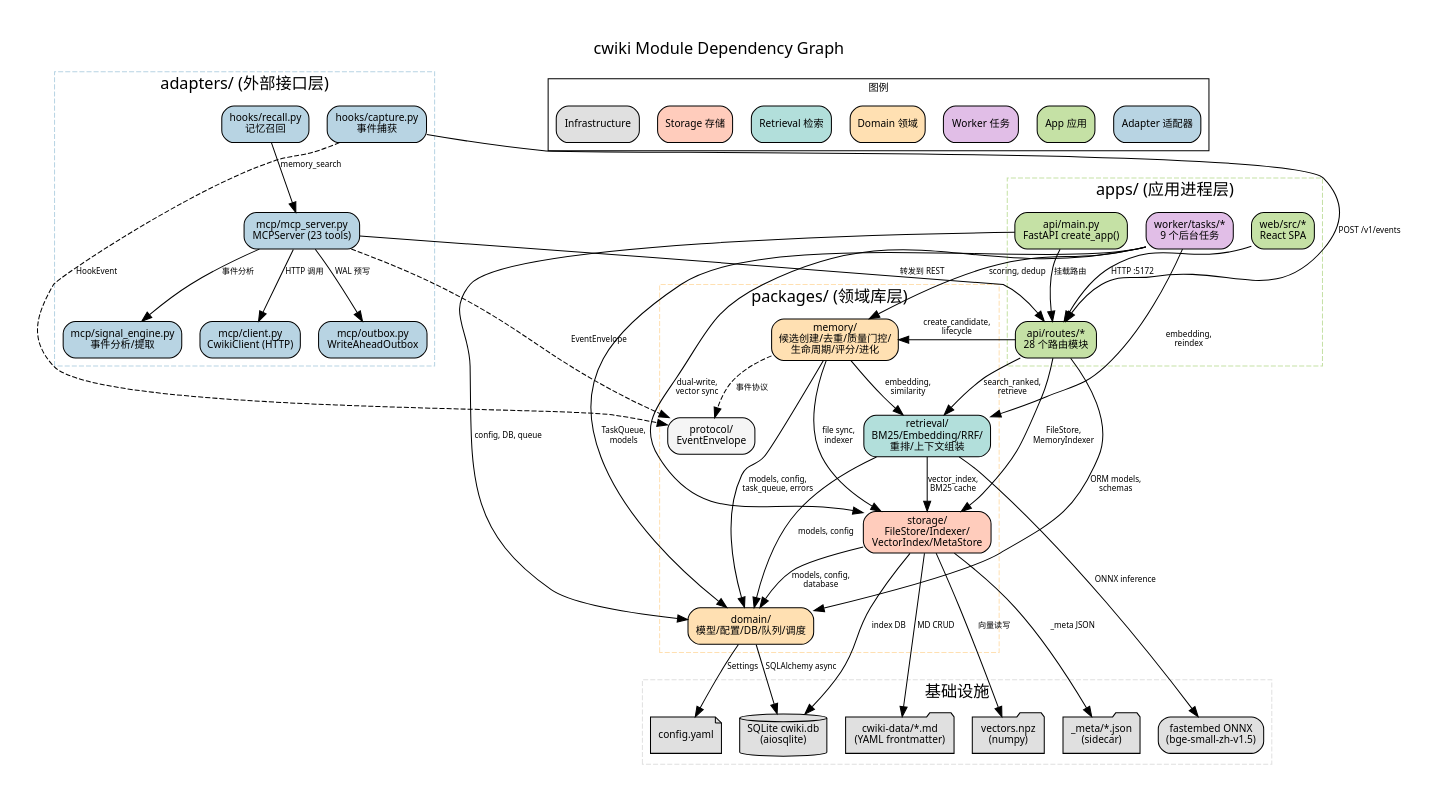
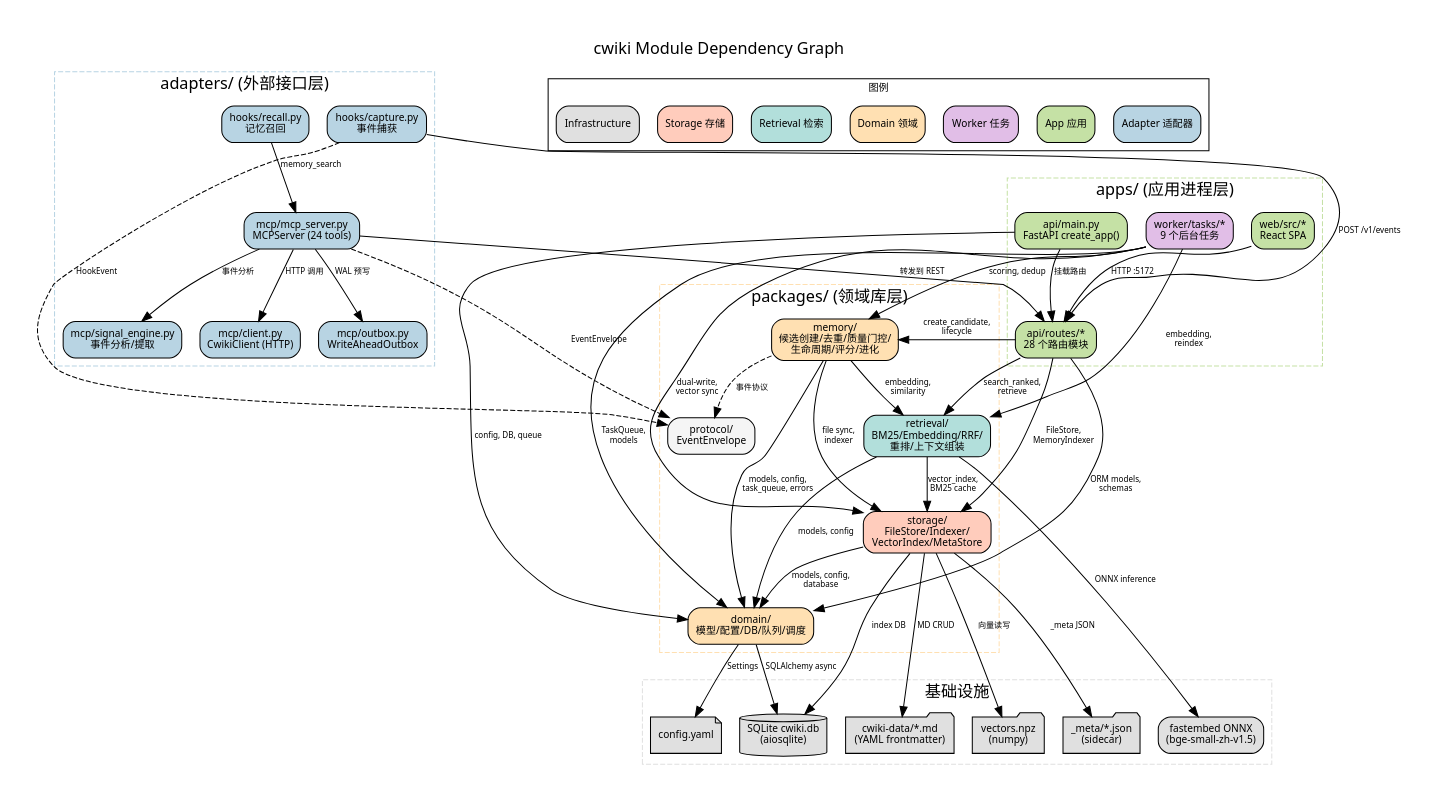
The diagram in docs/architecture/dependency-graph.dot (Chance-Wu/cwiki), drawn with Graphviz before and after one commit. The commit also changed 13 other files, not shown here.

```diff
--- a/docs/architecture/dependency-graph.dot
+++ b/docs/architecture/dependency-graph.dot
@@ -1,124 +1,124 @@
 // cwiki Module Dependency Graph
 // Audience: developers assessing change impact and coupling
 // Scope: packages/, apps/, adapters/ internal dependencies
 // Evidence: imports across all Python modules, pyproject.toml
 // Skill: dependency-impact-analyzer + graphviz
 
 digraph cwiki_dependencies {
     rankdir=TB
     node [shape=box, style="rounded,filled", fontname="Segoe UI", fontsize=10]
     edge [fontname="Segoe UI", fontsize=8, color="#666"]
     graph [fontname="Segoe UI", fontsize=13, label="cwiki Module Dependency Graph", labelloc=t, fontsize=16, pad=0.4]
 
     // ===== LAYER: Adapters (External Interface) =====
     subgraph cluster_adapters {
         label="adapters/ (外部接口层)"
         style=dashed
         color="#B8D4E3"
 
-        mcp_server [label="mcp/mcp_server.py\nMCPServer (23 tools)", fillcolor="#B8D4E3"]
+        mcp_server [label="mcp/mcp_server.py\nMCPServer (24 tools)", fillcolor="#B8D4E3"]
         mcp_client [label="mcp/client.py\nCwikiClient (HTTP)", fillcolor="#B8D4E3"]
         mcp_outbox [label="mcp/outbox.py\nWriteAheadOutbox", fillcolor="#B8D4E3"]
         mcp_signal [label="mcp/signal_engine.py\n事件分析/提取", fillcolor="#B8D4E3"]
         hook_capture [label="hooks/capture.py\n事件捕获", fillcolor="#B8D4E3"]
         hook_recall [label="hooks/recall.py\n记忆召回", fillcolor="#B8D4E3"]
     }
 
     // ===== LAYER: Apps (Application Processes) =====
     subgraph cluster_apps {
         label="apps/ (应用进程层)"
         style=dashed
         color="#C5E1A5"
 
         api_main [label="api/main.py\nFastAPI create_app()", fillcolor="#C5E1A5"]
         api_routes [label="api/routes/*\n28 个路由模块", fillcolor="#C5E1A5"]
         worker_tasks [label="worker/tasks/*\n9 个后台任务", fillcolor="#E1BEE7"]
         web_ui [label="web/src/*\nReact SPA", fillcolor="#C5E1A5"]
     }
 
     // ===== LAYER: Packages (Domain Libraries) =====
     subgraph cluster_packages {
         label="packages/ (领域库层)"
         style=dashed
         color="#FFE0B2"
 
         pkg_domain [label="domain/\n模型/配置/DB/队列/调度", fillcolor="#FFE0B2"]
         pkg_memory [label="memory/\n候选创建/去重/质量门控/\n生命周期/评分/进化", fillcolor="#FFE0B2"]
         pkg_retrieval [label="retrieval/\nBM25/Embedding/RRF/\n重排/上下文组装", fillcolor="#B2DFDB"]
         pkg_storage [label="storage/\nFileStore/Indexer/\nVectorIndex/MetaStore", fillcolor="#FFCCBC"]
         pkg_protocol [label="protocol/\nEventEnvelope", fillcolor="#F5F5F5"]
     }
 
     // ===== LAYER: Infrastructure =====
     subgraph cluster_infra {
         label="基础设施"
         style=dashed
         color="#E0E0E0"
 
         sqlite [label="SQLite cwiki.db\n(aiosqlite)", fillcolor="#E0E0E0", shape=cylinder]
         npz [label="vectors.npz\n(numpy)", fillcolor="#E0E0E0", shape=folder]
         md_files [label="cwiki-data/*.md\n(YAML frontmatter)", fillcolor="#E0E0E0", shape=folder]
         meta_files [label="_meta/*.json\n(sidecar)", fillcolor="#E0E0E0", shape=folder]
         fastembed [label="fastembed ONNX\n(bge-small-zh-v1.5)", fillcolor="#E0E0E0"]
         config_yaml [label="config.yaml", fillcolor="#E0E0E0", shape=note]
     }
 
     // ===== Adapter Dependencies =====
     mcp_server -> mcp_client [label="HTTP 调用"]
     mcp_server -> mcp_outbox [label="WAL 预写"]
     mcp_server -> mcp_signal [label="事件分析"]
     mcp_server -> api_routes [label="转发到 REST"]
     hook_capture -> api_routes [label="POST /v1/events"]
     hook_recall -> mcp_server [label="memory_search"]
 
     // ===== App Dependencies =====
     api_main -> api_routes [label="挂载路由"]
     api_main -> pkg_domain [label="config, DB, queue"]
     api_routes -> pkg_memory [label="create_candidate,\nlifecycle"]
     api_routes -> pkg_retrieval [label="search_ranked,\nretrieve"]
     api_routes -> pkg_storage [label="FileStore,\nMemoryIndexer"]
     api_routes -> pkg_domain [label="ORM models,\nschemas"]
     worker_tasks -> pkg_memory [label="scoring, dedup"]
     worker_tasks -> pkg_retrieval [label="embedding,\nreindex"]
     worker_tasks -> pkg_storage [label="dual-write,\nvector sync"]
     worker_tasks -> pkg_domain [label="TaskQueue,\nmodels"]
     web_ui -> api_routes [label="HTTP :5172"]
 
     // ===== Package Dependencies =====
     pkg_memory -> pkg_domain [label="models, config,\ntask_queue, errors"]
     pkg_memory -> pkg_retrieval [label="embedding,\nsimilarity"]
     pkg_memory -> pkg_storage [label="file sync,\nindexer"]
     pkg_retrieval -> pkg_domain [label="models, config"]
     pkg_retrieval -> pkg_storage [label="vector_index,\nBM25 cache"]
     pkg_storage -> pkg_domain [label="models, config,\ndatabase"]
 
     // ===== Infrastructure Dependencies =====
     pkg_domain -> sqlite [label="SQLAlchemy async"]
     pkg_domain -> config_yaml [label="Settings"]
     pkg_storage -> sqlite [label="index DB"]
     pkg_storage -> npz [label="向量读写"]
     pkg_storage -> md_files [label="MD CRUD"]
     pkg_storage -> meta_files [label="_meta JSON"]
     pkg_retrieval -> fastembed [label="ONNX inference"]
 
     // ===== Cross-cutting Concerns (dashed) =====
     mcp_server -> pkg_protocol [label="EventEnvelope", style=dashed]
     hook_capture -> pkg_protocol [label="HookEvent", style=dashed]
     pkg_memory -> pkg_protocol [label="事件协议", style=dashed, color="#999"]
 
     // ===== Legend =====
     subgraph cluster_legend {
         label="图例"
         style=solid
         color="#999"
         fontsize=10
 
         legend_adapter [label="Adapter 适配器", fillcolor="#B8D4E3"]
         legend_app [label="App 应用", fillcolor="#C5E1A5"]
         legend_worker [label="Worker 任务", fillcolor="#E1BEE7"]
         legend_domain [label="Domain 领域", fillcolor="#FFE0B2"]
         legend_retrieval [label="Retrieval 检索", fillcolor="#B2DFDB"]
         legend_storage [label="Storage 存储", fillcolor="#FFCCBC"]
         legend_infra [label="Infrastructure", fillcolor="#E0E0E0"]
     }
 }
```
